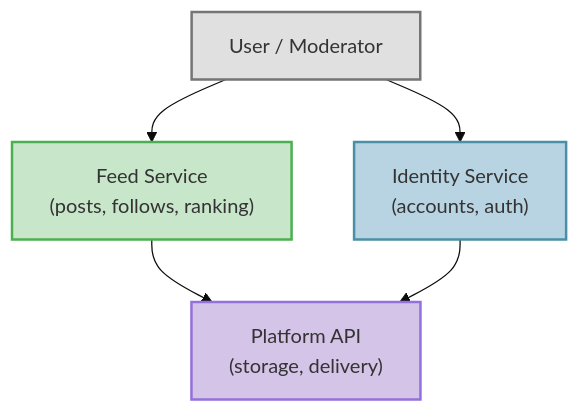
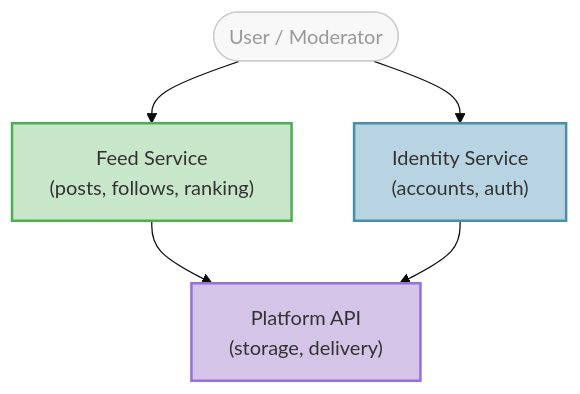
Before and after one commit to neu-pdi/cs3100-public-resources: the third of 4 diagrams in lecture-slides-spertus/l18-architectural-design-west.mdx, drawn with Mermaid. The commit also changed other lines of this file, not shown here.

````diff
--- a/lecture-slides-spertus/l18-architectural-design-west.mdx
+++ b/lecture-slides-spertus/l18-architectural-design-west.mdx
@@ -750,23 +750,23 @@
 ```mermaid
 %%{init: {'theme': 'base', 'themeVariables': { 'fontSize': '16px' }}}%%
 graph TD
-    User["User / Moderator"]
+    User(["User / Moderator"])
     Identity["Identity Service<br/>(accounts, auth)"]
     Feed["Feed Service<br/>(posts, follows, ranking)"]
     Platform["Platform API<br/>(storage, delivery)"]
 
     User --> Identity
     User --> Feed
     Feed --> Platform
     Identity --> Platform
 
-    classDef actor fill:#E0E0E0,stroke:#757575,stroke-width:2px
+    classDef actor fill:#f8f8f8,stroke:#cccccc,stroke-width:1px,color:#999999
     classDef fast fill:#C8E6C9,stroke:#4CAF50,stroke-width:2px
     classDef medium fill:#B8D4E3,stroke:#4A90A4,stroke-width:2px
     classDef slow fill:#D4C4E8,stroke:#9370DB,stroke-width:2px
 
     class User actor
     class Feed fast
     class Identity medium
     class Platform slow
 ```
````
